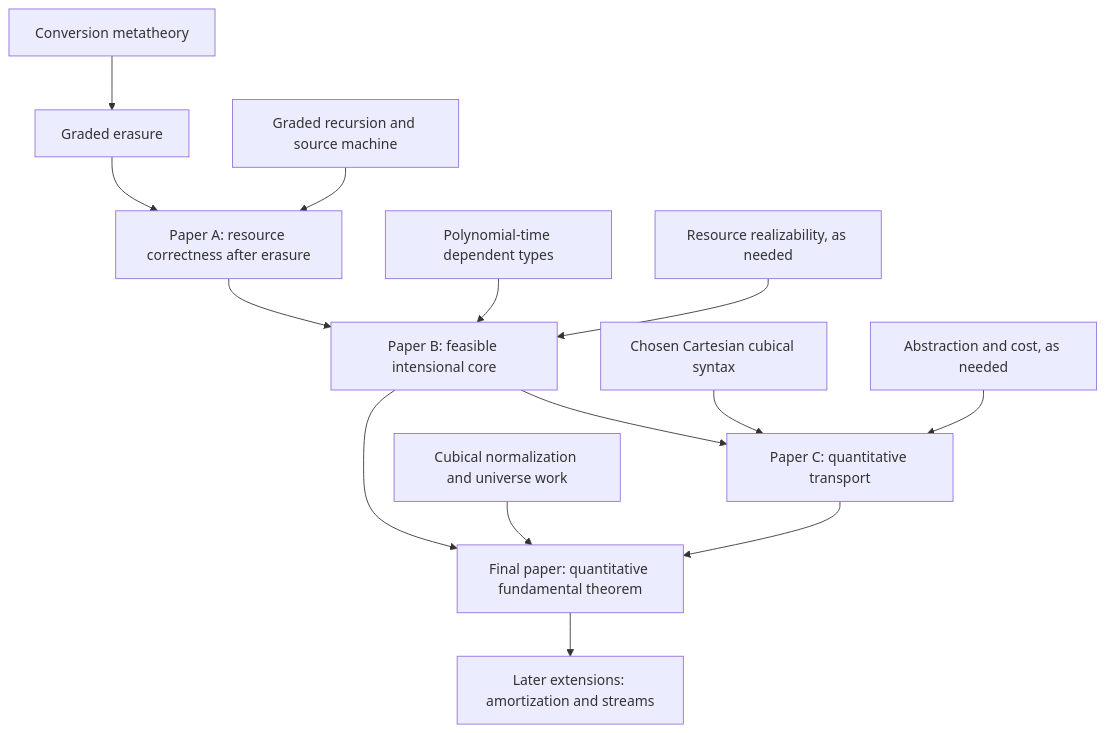
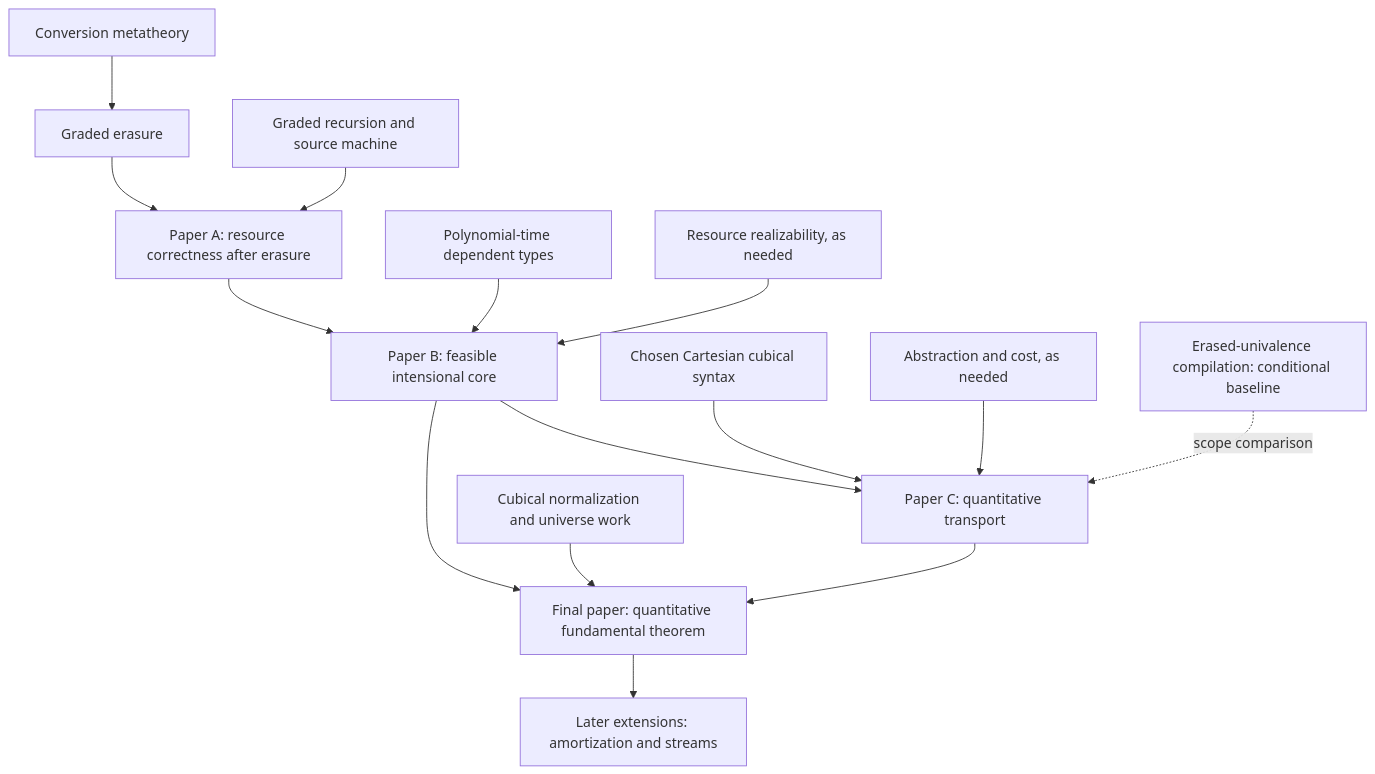
Before and after one commit to kmehltretter82/feasible-univalence: the diagram in docs/formalization-roadmap.md, drawn with Mermaid. The commit also changed other lines of this file and 4 other files, not shown here.

````diff
--- a/docs/formalization-roadmap.md
+++ b/docs/formalization-roadmap.md
@@ -121,16 +126,17 @@
 ```mermaid
 flowchart TD
   M1[Conversion metatheory] --> M2[Graded erasure]
   M2 --> A[Paper A: resource correctness after erasure]
   M3[Graded recursion and source machine] --> A
   M4[Polynomial-time dependent types] --> B[Paper B: feasible intensional core]
   M5[Resource realizability, as needed] --> B
   A --> B
   M8[Chosen Cartesian cubical syntax] --> C[Paper C: quantitative transport]
   B --> C
   M7[Abstraction and cost, as needed] --> C
+  M11[Erased-univalence compilation: conditional baseline] -. scope comparison .-> C
   M9[Cubical normalization and universe work] --> F[Final paper: quantitative fundamental theorem]
   C --> F
   B --> F
   F --> E[Later extensions: amortization and streams]
 ```
````
